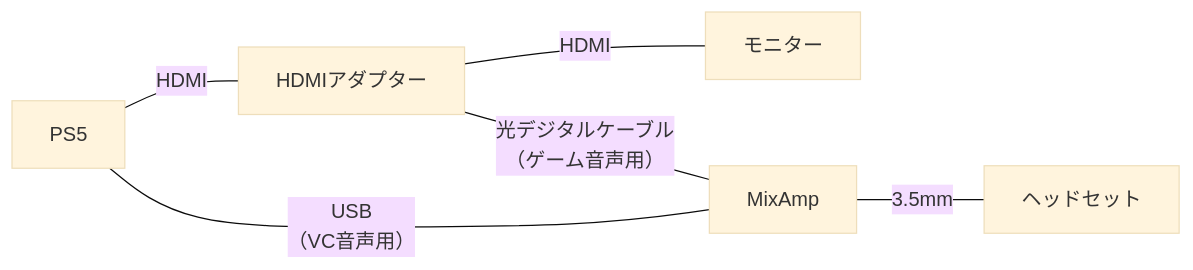
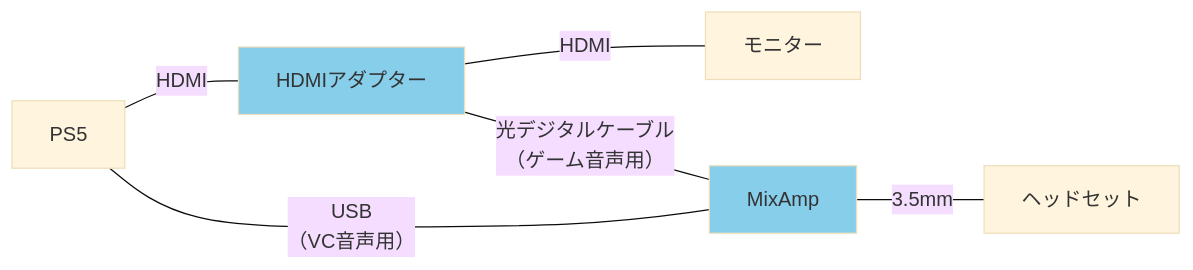
Before and after one commit to Dim0000/hugo-blog: the second of 2 diagrams in content/post/2021-08/game-ps5-mixamp-hdmiadapter.md, drawn with Mermaid (base theme). The commit also changed other lines of this file, not shown here.

Commit message:
update game-ps5-mixamp-hdmiadapter

```diff
--- a/content/post/2021-08/game-ps5-mixamp-hdmiadapter.md
+++ b/content/post/2021-08/game-ps5-mixamp-hdmiadapter.md
@@ -77,8 +80,9 @@
     <div class="mermaid">
     graph LR
-      PS5 ---|HDMI| HDMIアダプター
-      HDMIアダプター ---|HDMI| モニター
-      HDMIアダプター ---|光デジタルケーブル<br>（ゲーム音声用）| MixAmp
-      PS5 ---|USB<br>（VC音声用）| MixAmp
-      MixAmp ---|3.5mm| ヘッドセット
+    classDef blue fill:#87CEEB
+      A[PS5] ---|HDMI| B[HDMIアダプター]:::blue
+      B ---|HDMI| C[モニター]
+      B ---|光デジタルケーブル<br>（ゲーム音声用）| D[MixAmp]
+      A ---|USB<br>（VC音声用）| D
+      D:::blue ---|3.5mm| E[ヘッドセット]
     </div>
```
